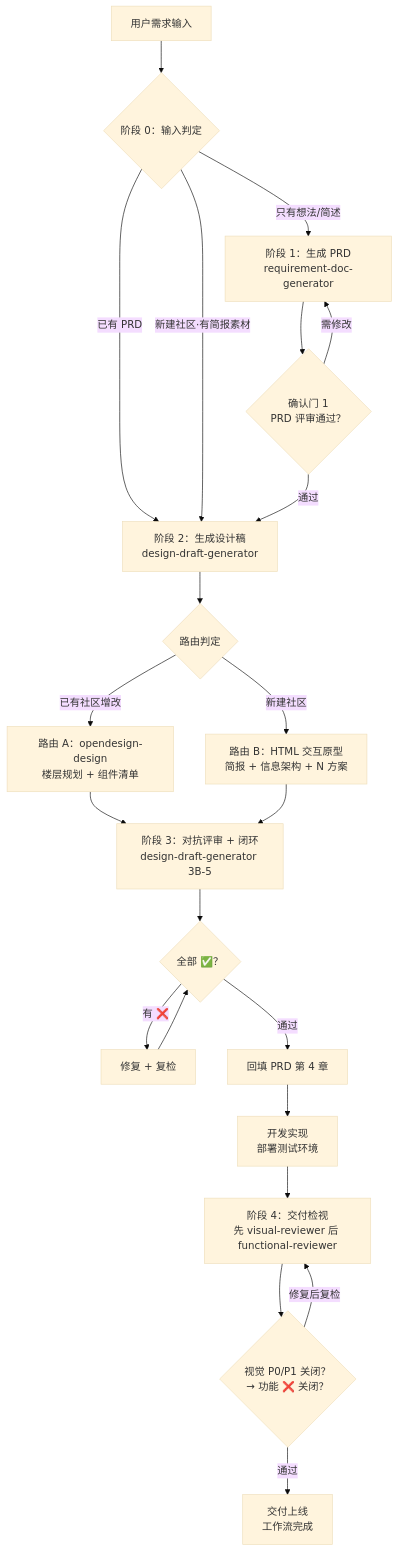
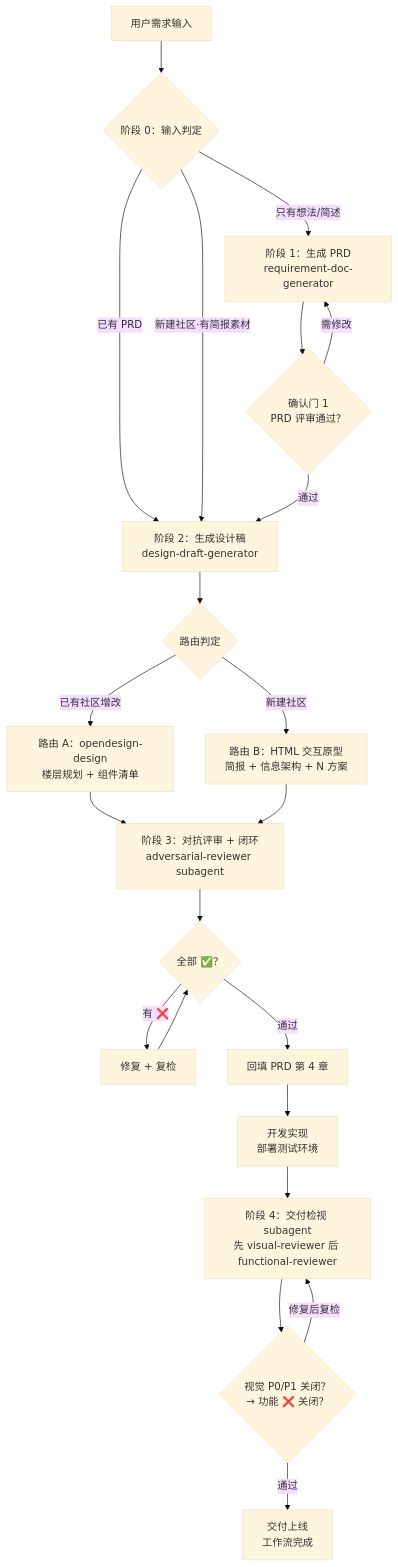
Before and after one commit to xialu-pro/design-workflow: the diagram in README.md, drawn with Mermaid (base theme). The commit also changed other lines of this file and 4 other files, not shown here.

````diff
--- a/README.md
+++ b/README.md
@@ -7,31 +7,31 @@
 ```mermaid
 flowchart TD
     S[用户需求输入] --> E{阶段 0：输入判定}
     E -- 已有 PRD --> G2
     E -- 新建社区·有简报素材 --> G2
     E -- 只有想法/简述 --> G1
 
     G1[阶段 1：生成 PRD<br/>requirement-doc-generator]
     G1 --> D1{确认门 1<br/>PRD 评审通过？}
     D1 -- 需修改 --> G1
     D1 -- 通过 --> G2
 
     G2[阶段 2：生成设计稿<br/>design-draft-generator]
     G2 --> R{路由判定}
     R -- 已有社区增改 --> A[路由 A：opendesign-design<br/>楼层规划 + 组件清单]
     R -- 新建社区 --> B[路由 B：HTML 交互原型<br/>简报 + 信息架构 + N 方案]
     A --> G3
     B --> G3
 
-    G3[阶段 3：对抗评审 + 闭环<br/>design-draft-generator 3B-5]
+    G3[阶段 3：对抗评审 + 闭环<br/>adversarial-reviewer subagent]
     G3 --> D2{全部 ✅？}
     D2 -- 有 ❌ --> F[修复 + 复检]
     F --> D2
     D2 -- 通过 --> H[回填 PRD 第 4 章]
 
     H --> DEV[开发实现<br/>部署测试环境]
-    DEV --> VR[阶段 4：交付检视<br/>先 visual-reviewer 后 functional-reviewer]
+    DEV --> VR[阶段 4：交付检视 subagent<br/>先 visual-reviewer 后 functional-reviewer]
     VR --> D3{视觉 P0/P1 关闭？<br/>→ 功能 ❌ 关闭？}
     D3 -- 修复后复检 --> VR
     D3 -- 通过 --> DONE[交付上线<br/>工作流完成]
 ```
````
